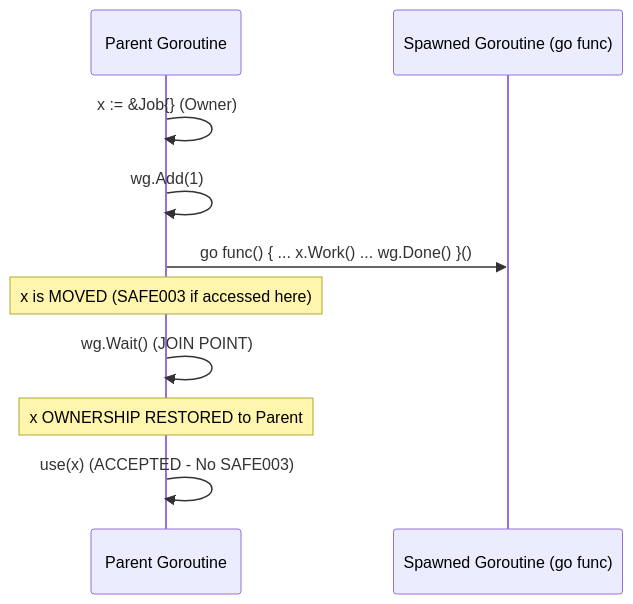
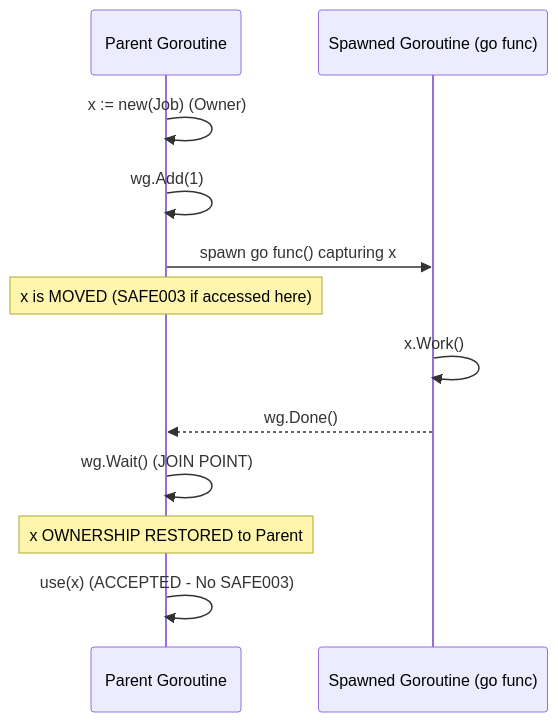
Before and after one commit to bharathvbcr/GoSree: the sixth of 8 diagrams in docs/ARCHITECTURE.md, drawn with Mermaid. The commit also changed other lines of this file and 2 other files, not shown here.

Commit message:
Fix Mermaid sequenceDiagram semicolon and stateDiagram brace syntax in README and docs

````diff
--- a/docs/ARCHITECTURE.md
+++ b/docs/ARCHITECTURE.md
@@ -254,13 +254,15 @@
 ```mermaid
 sequenceDiagram
     participant Parent as Parent Goroutine
     participant Child as Spawned Goroutine (go func)
 
-    Parent->>Parent: x := &Job{} (Owner)
+    Parent->>Parent: x := new(Job) (Owner)
     Parent->>Parent: wg.Add(1)
-    Parent->>Child: go func() { ... x.Work() ... wg.Done() }()
+    Parent->>Child: spawn go func() capturing x
     Note over Parent: x is MOVED (SAFE003 if accessed here)
+    Child->>Child: x.Work()
+    Child-->>Parent: wg.Done()
     Parent->>Parent: wg.Wait() (JOIN POINT)
     Note over Parent: x OWNERSHIP RESTORED to Parent
     Parent->>Parent: use(x) (ACCEPTED - No SAFE003)
 ```
````
